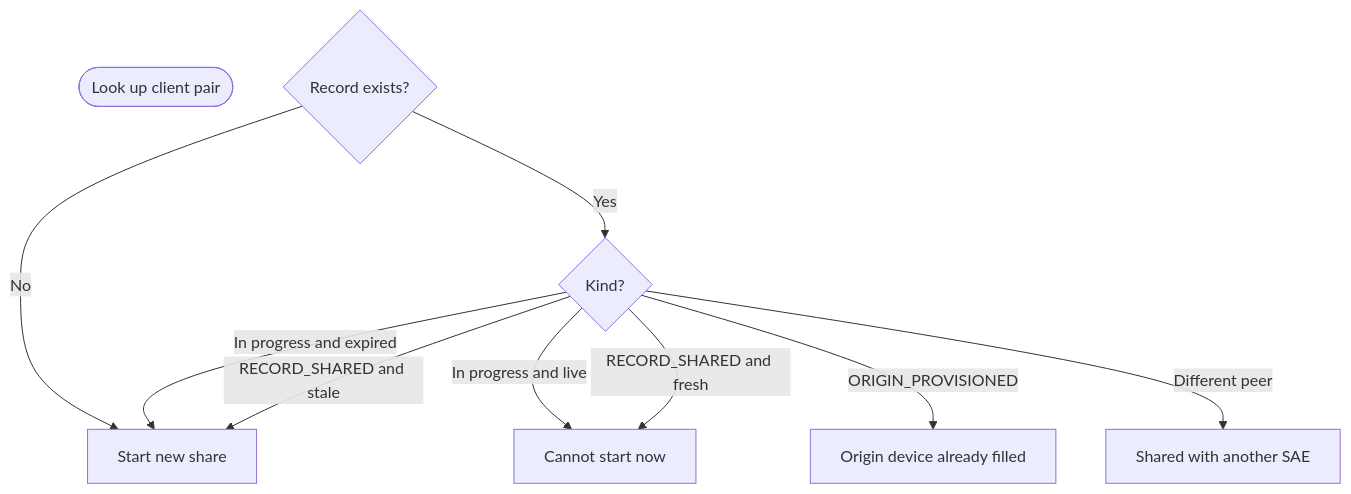
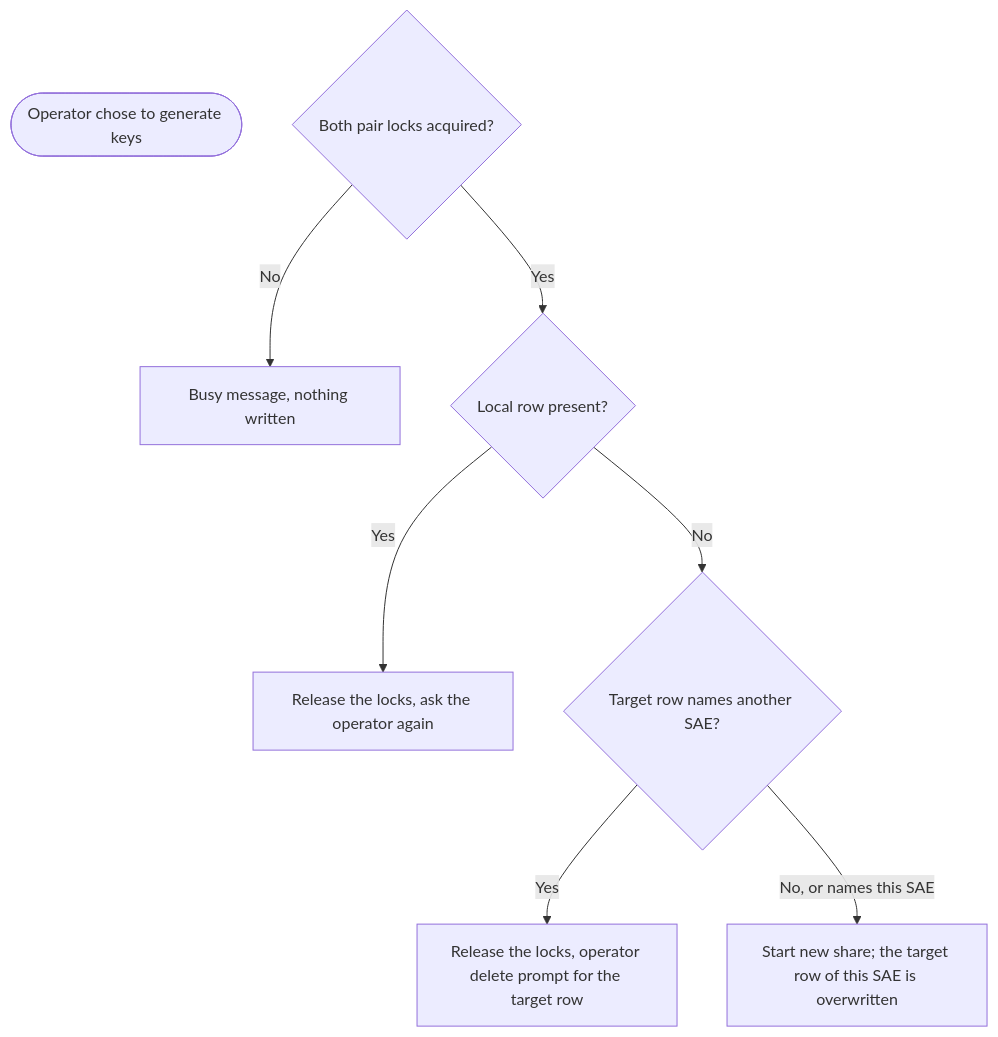
The sixth of 9 diagrams in JAVA_APPS/docs/FLOWCHARTS.md (vonasmic/one-time-pad-keychain), drawn with Mermaid before and after one commit. The commit also changed other lines of this file and 310 other files, not shown here.

````diff
--- a/JAVA_APPS/docs/FLOWCHARTS.md
+++ b/JAVA_APPS/docs/FLOWCHARTS.md
@@ -198,14 +273,11 @@
 ```mermaid
 flowchart TD
-    Begin([Look up client pair])
-    Exists{Record exists?}
-    Exists -->|No| AllowNew[Start new share]
-    Exists -->|Yes| Kind{Kind?}
-
-    Kind -->|In progress and expired| AllowNew
-    Kind -->|In progress and live| Wait[Cannot start now]
-    Kind -->|RECORD_SHARED and stale| AllowNew
-    Kind -->|RECORD_SHARED and fresh| Wait
-    Kind -->|ORIGIN_PROVISIONED| Filled[Origin device already filled]
-    Kind -->|Different peer| SharedElsewhere[Shared with another SAE]
+    Begin([Operator chose to generate keys])
+    Lock{Both pair locks acquired?}
+    Lock -->|No| Busy[Busy message, nothing written]
+    Lock -->|Yes| Local{Local row present?}
+    Local -->|Yes| Restart[Release the locks, ask the operator again]
+    Local -->|No| Target{Target row names another SAE?}
+    Target -->|Yes| Ask[Release the locks, operator delete prompt for the target row]
+    Target -->|No, or names this SAE| AllowNew[Start new share; the target row of this SAE is overwritten]
 ```
````
